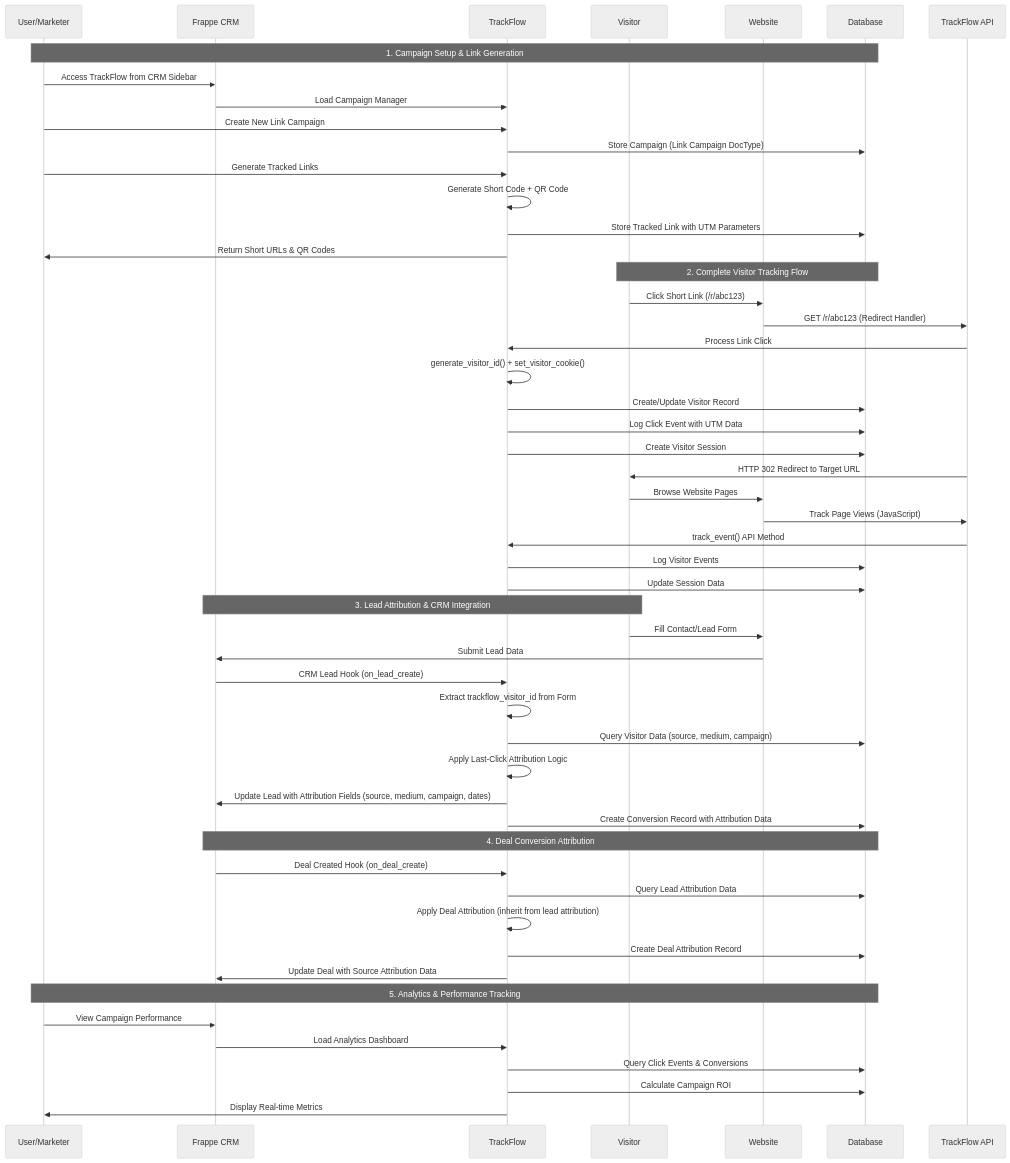
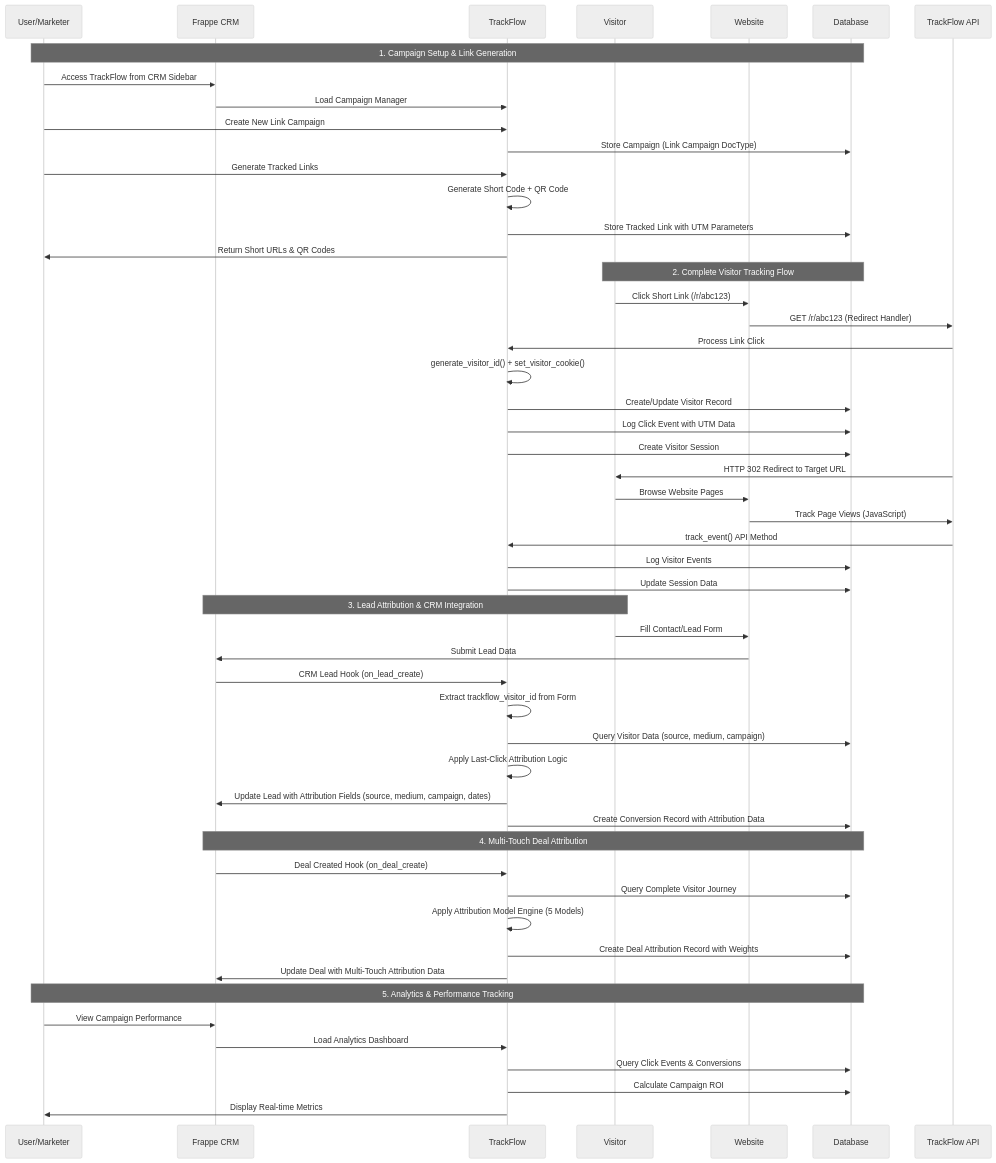
Before and after one commit to chinmaybhatk/trackflow: the first of 3 diagrams in docs/architecture-flow.md, drawn with Mermaid (neutral theme). The commit also changed other lines of this file and 8 other files, not shown here.

First line of the commit message:
Complete Attribution Model integration and fix DocType schema inconsistencies

````diff
--- a/docs/architecture-flow.md
+++ b/docs/architecture-flow.md
@@ -17,65 +17,65 @@
 ```mermaid
 sequenceDiagram
     participant U as User/Marketer
     participant CRM as Frappe CRM
     participant TF as TrackFlow
     participant V as Visitor
     participant W as Website
     participant DB as Database
     participant API as TrackFlow API
 
     %% Campaign Setup (Production Ready)
     Note over U,DB: 1. Campaign Setup & Link Generation
     U->>CRM: Access TrackFlow from CRM Sidebar
     CRM->>TF: Load Campaign Manager
     U->>TF: Create New Link Campaign
     TF->>DB: Store Campaign (Link Campaign DocType)
     U->>TF: Generate Tracked Links
     TF->>TF: Generate Short Code + QR Code
     TF->>DB: Store Tracked Link with UTM Parameters
     TF->>U: Return Short URLs & QR Codes
 
     %% Visitor Journey (Implemented)
     Note over V,DB: 2. Complete Visitor Tracking Flow
     V->>W: Click Short Link (/r/abc123)
     W->>API: GET /r/abc123 (Redirect Handler)
     API->>TF: Process Link Click
     TF->>TF: generate_visitor_id() + set_visitor_cookie()
     TF->>DB: Create/Update Visitor Record
     TF->>DB: Log Click Event with UTM Data
     TF->>DB: Create Visitor Session
     API->>V: HTTP 302 Redirect to Target URL
     
     V->>W: Browse Website Pages
     W->>API: Track Page Views (JavaScript)
     API->>TF: track_event() API Method
     TF->>DB: Log Visitor Events
     TF->>DB: Update Session Data
 
     %% CRM Integration (Working)
     Note over V,CRM: 3. Lead Attribution & CRM Integration
     V->>W: Fill Contact/Lead Form
     W->>CRM: Submit Lead Data
     CRM->>TF: CRM Lead Hook (on_lead_create)
     TF->>TF: Extract trackflow_visitor_id from Form
     TF->>DB: Query Visitor Data (source, medium, campaign)
     TF->>TF: Apply Last-Click Attribution Logic
     TF->>CRM: Update Lead with Attribution Fields (source, medium, campaign, dates)
     TF->>DB: Create Conversion Record with Attribution Data
     
-    %% Deal Attribution (Implemented)
-    Note over CRM,DB: 4. Deal Conversion Attribution
+    %% Deal Attribution (Advanced Implementation)
+    Note over CRM,DB: 4. Multi-Touch Deal Attribution
     CRM->>TF: Deal Created Hook (on_deal_create)
-    TF->>DB: Query Lead Attribution Data
-    TF->>TF: Apply Deal Attribution (inherit from lead attribution)
-    TF->>DB: Create Deal Attribution Record
-    TF->>CRM: Update Deal with Source Attribution Data
+    TF->>DB: Query Complete Visitor Journey
+    TF->>TF: Apply Attribution Model Engine (5 Models)
+    TF->>DB: Create Deal Attribution Record with Weights
+    TF->>CRM: Update Deal with Multi-Touch Attribution Data
     
     %% Analytics & Reporting (Available)
     Note over U,DB: 5. Analytics & Performance Tracking
     U->>CRM: View Campaign Performance
     CRM->>TF: Load Analytics Dashboard
     TF->>DB: Query Click Events & Conversions
     TF->>DB: Calculate Campaign ROI
     TF->>U: Display Real-time Metrics
 ```
````
